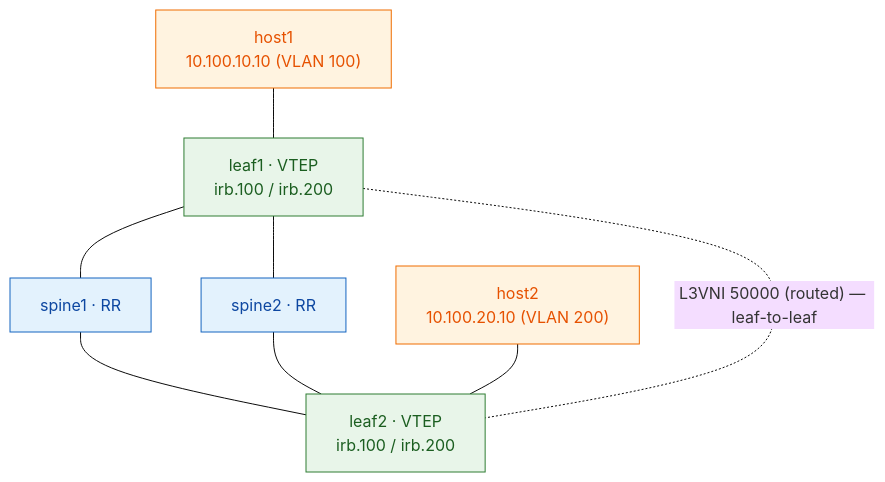
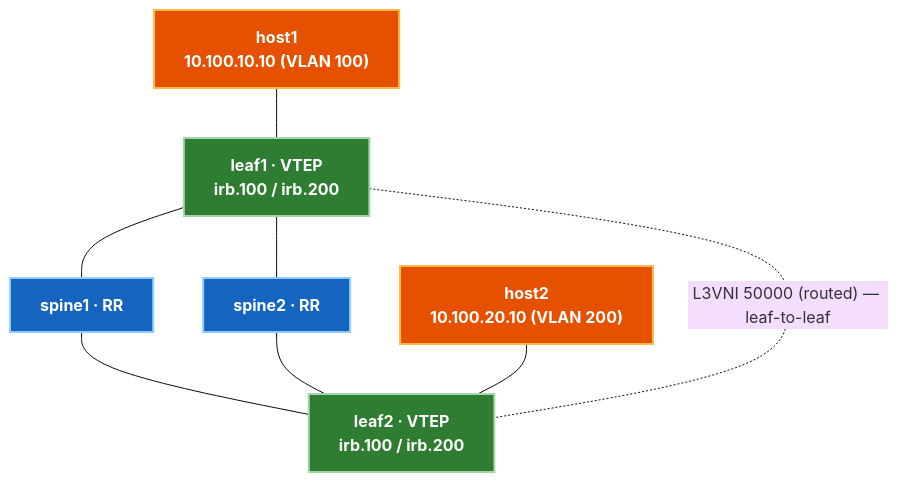
One commit to etherhtun/netforge-labs changed the diagram in docs/archive/juniper-vxlan-evpn/labs/lab-03-l3vni.md. Above: the diagram before and after it, drawn with Mermaid (base theme). The commit also changed 7 other files, not shown here.

Commit message:
fix(diagrams): update all Mermaid diagrams to use high-contrast white text on filled nodes for 100% visibility in both light and dark site themes

````diff
--- a/docs/archive/juniper-vxlan-evpn/labs/lab-03-l3vni.md
+++ b/docs/archive/juniper-vxlan-evpn/labs/lab-03-l3vni.md
@@ -31,17 +31,17 @@
 ```mermaid
 graph TB
     S1["spine1 · RR"]:::s
     S2["spine2 · RR"]:::s
     L1["leaf1 · VTEP<br/>irb.100 / irb.200"]:::l
     L2["leaf2 · VTEP<br/>irb.100 / irb.200"]:::l
     H1["host1<br/>10.100.10.10 (VLAN 100)"]:::h
     H2["host2<br/>10.100.20.10 (VLAN 200)"]:::h
     L1 --- S1 --- L2
     L1 --- S2 --- L2
     H1 --- L1
     H2 --- L2
     L1 -. "L3VNI 50000 (routed) — leaf-to-leaf" .- L2
-    classDef s fill:#e3f2fd,stroke:#1565c0,color:#0d47a1;
-    classDef l fill:#e8f5e9,stroke:#2e7d32,color:#1b5e20;
-    classDef h fill:#fff3e0,stroke:#ef6c00,color:#e65100;
+    classDef s fill:#1565c0,stroke:#90caf9,color:#ffffff,stroke-width:2px,font-weight:bold;
+    classDef l fill:#2e7d32,stroke:#a5d6a7,color:#ffffff,stroke-width:2px,font-weight:bold;
+    classDef h fill:#e65100,stroke:#ffb74d,color:#ffffff,stroke-width:2px,font-weight:bold;
 ```
````
